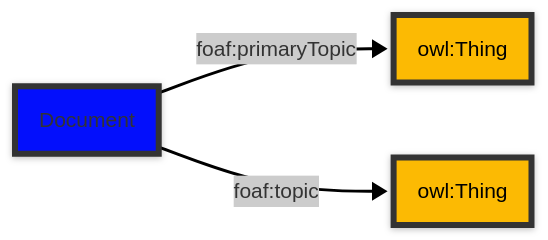
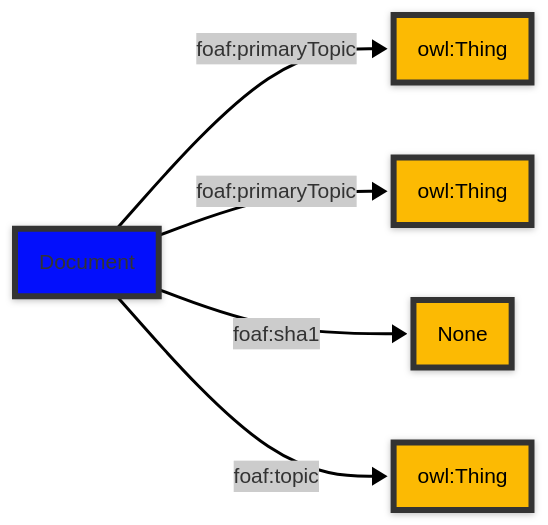
The diagram in example/build/class/Document.md (StephaneBranly/ontodoc), drawn with Mermaid before and after one commit. The commit also changed other lines of this file and 88 other files, not shown here.

````diff
--- a/example/build/class/Document.md
+++ b/example/build/class/Document.md
@@ -16,15 +18,19 @@
 ```mermaid
 ---
 config:
   look: neo
   theme: neo
 ---
 flowchart LR
     Document -- foaf:primaryTopic --> 1[owl:Thing]
     class 1 literal;
-    Document -- foaf:topic --> 0[owl:Thing]
+    Document -- foaf:primaryTopic --> 3[owl:Thing]
+    class 3 literal;
+    Document -- foaf:sha1 --> 0[None]
     class 0 literal;
+    Document -- foaf:topic --> 2[owl:Thing]
+    class 2 literal;
     class Document baseclass;
 classDef literal fill:#fcba03,stroke:#333,stroke-width:4px,color:black;
 classDef baseclass fill:#030ffc,stroke:#333,stroke-width:4px;
 ```
````
